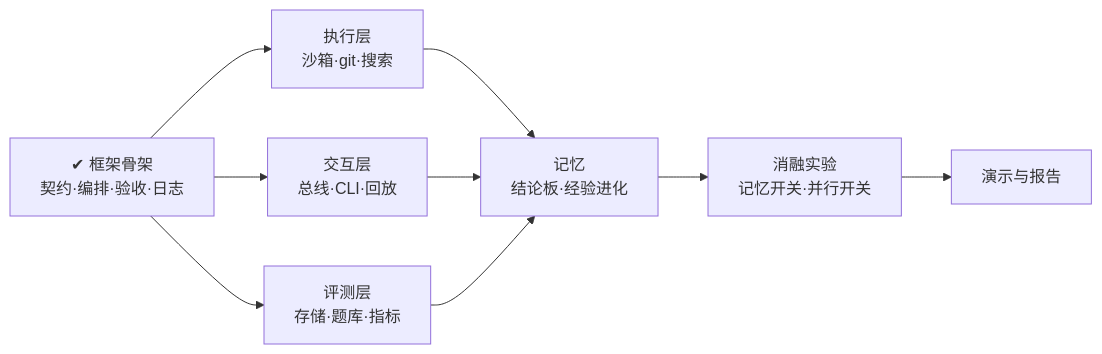
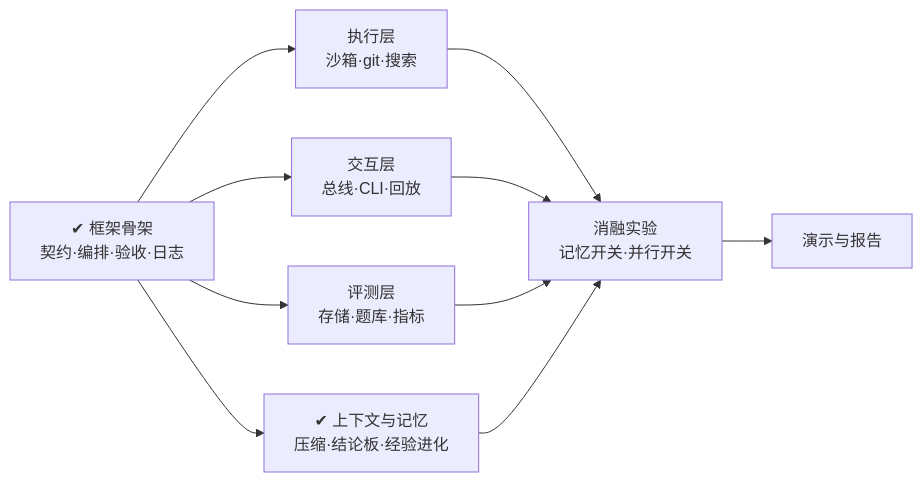
One commit to Greensheep04/moumou-Agent changed the fourth of 4 diagrams in docs/ARCHITECTURE.md. Above: the diagram before and after it, drawn with Mermaid. The commit also changed other lines of this file and 20 other files, not shown here.

````diff
--- a/docs/ARCHITECTURE.md
+++ b/docs/ARCHITECTURE.md
@@ -271,9 +272,9 @@
 ```mermaid
 flowchart LR
     A["✔ 框架骨架<br/>契约·编排·验收·日志"] --> B["执行层<br/>沙箱·git·搜索"]
     A --> C["交互层<br/>总线·CLI·回放"]
     A --> D["评测层<br/>存储·题库·指标"]
-    B & C & D --> E["记忆<br/>结论板·经验进化"]
-    E --> F["消融实验<br/>记忆开关·并行开关"]
+    A --> E["✔ 上下文与记忆<br/>压缩·结论板·经验进化"]
+    B & C & D & E --> F["消融实验<br/>记忆开关·并行开关"]
     F --> G["演示与报告"]
 ```
````
